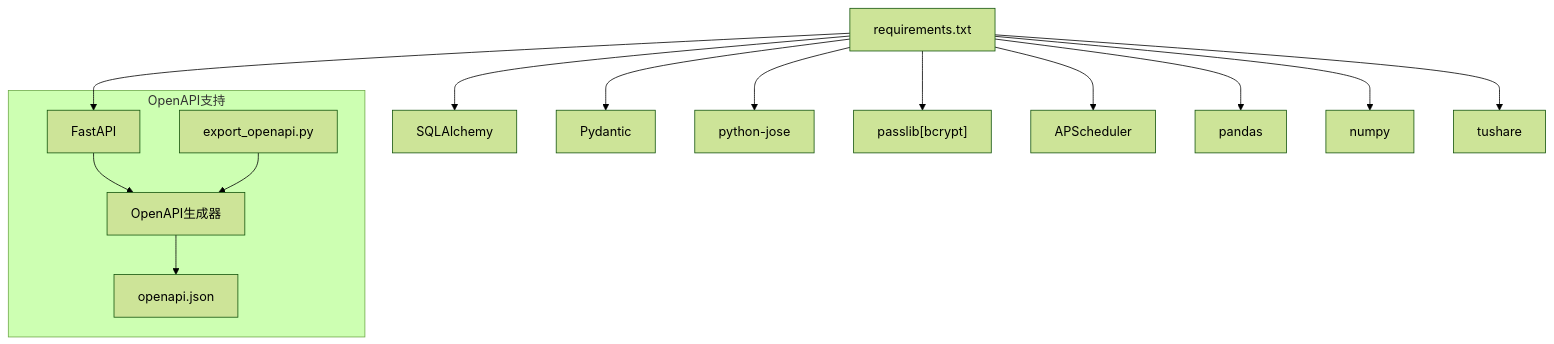
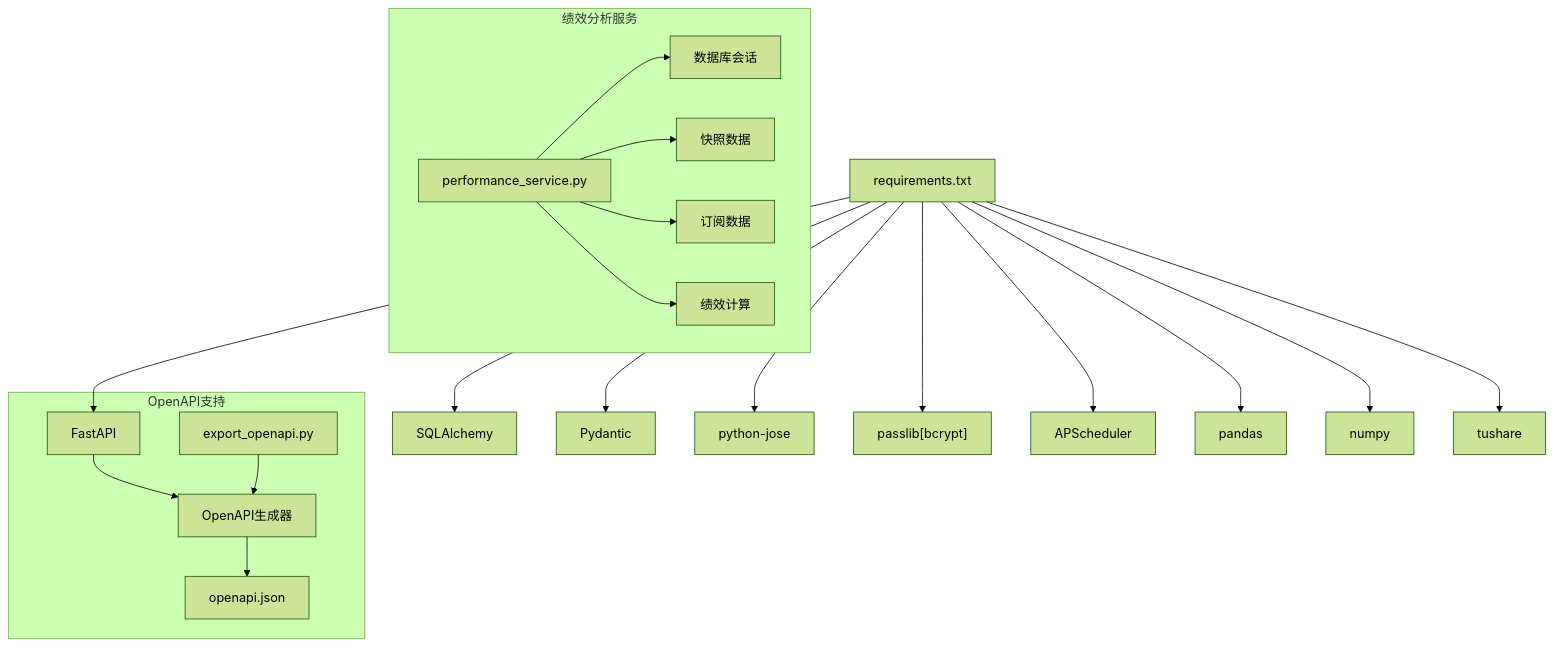
Before and after one commit to gujialind/InvestRing: the third of 10 diagrams in .qoder/repowiki/zh/content/后端API文档/后端API文档.md, drawn with Mermaid (forest theme). The commit also changed other lines of this file and 65 other files, not shown here.

````diff
--- a/.qoder/repowiki/zh/content/后端API文档/后端API文档.md
+++ b/.qoder/repowiki/zh/content/后端API文档/后端API文档.md
@@ -799,17 +755,23 @@
 ```mermaid
 graph TB
 Req["requirements.txt"] --> FA["FastAPI"]
 Req --> SA["SQLAlchemy"]
 Req --> PD["Pydantic"]
 Req --> JO["python-jose"]
 Req --> PB["passlib[bcrypt]"]
 Req --> AP["APScheduler"]
 Req --> PDa["pandas"]
 Req --> NP["numpy"]
 Req --> TS["tushare"]
 subgraph "OpenAPI支持"
 FA --> OA["OpenAPI生成器"]
 Exp["export_openapi.py"] --> OA
 OA --> Spec["openapi.json"]
 end
+subgraph "绩效分析服务"
+PS["performance_service.py"] --> DB["数据库会话"]
+PS --> SS["快照数据"]
+PS --> SUB["订阅数据"]
+PS --> PERF["绩效计算"]
+end
 ```
````
